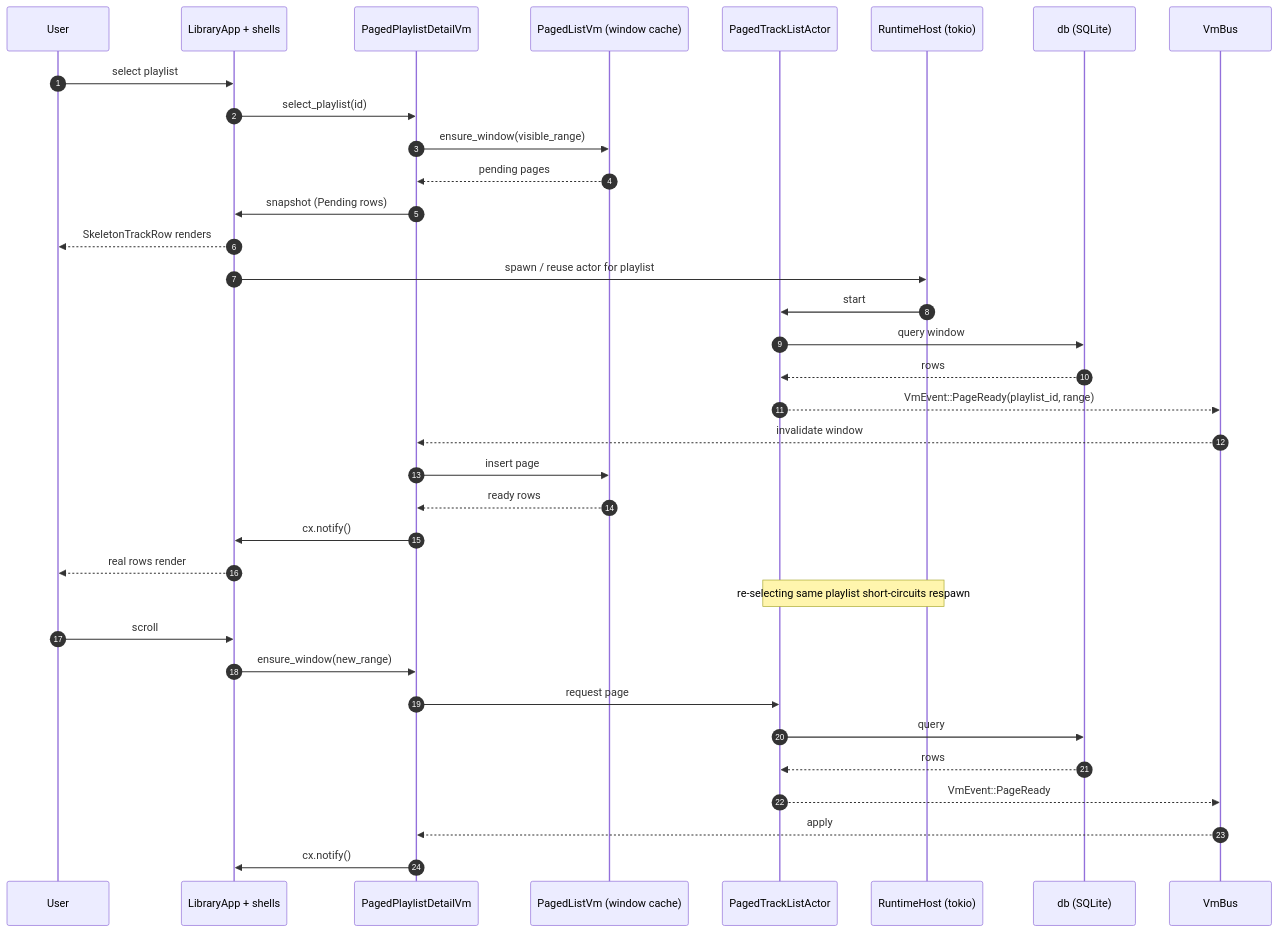
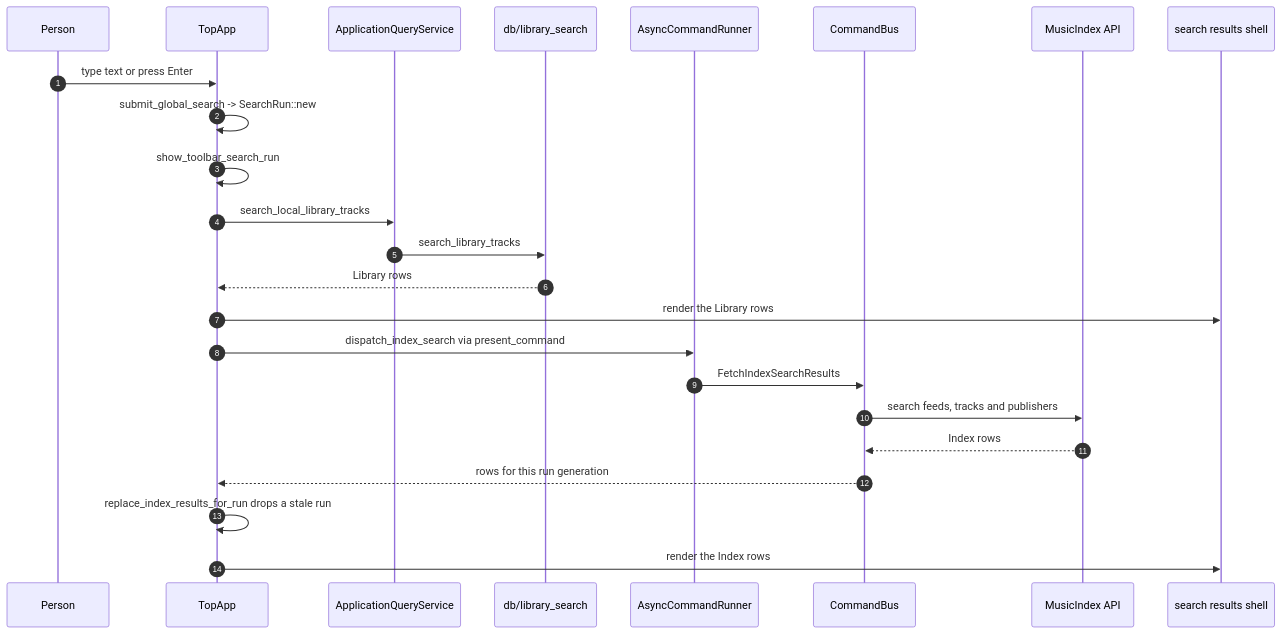
One commit to InTheMorning/HitIt changed the sixth of 9 diagrams in docs/architecture/architecture-current-snapshot.md. Above: the diagram before and after it, drawn with Mermaid. The commit also changed other lines of this file and 1 other file, not shown here.

First line of the commit message:
Redraw the architecture snapshot at commit 86d97e7

````diff
--- a/docs/architecture/architecture-current-snapshot.md
+++ b/docs/architecture/architecture-current-snapshot.md
@@ -403,41 +312,27 @@
 ```mermaid
 sequenceDiagram
     autonumber
-    participant U as User
-    participant V as LibraryApp + shells
-    participant VM as PagedPlaylistDetailVm
-    participant Cache as PagedListVm (window cache)
-    participant PA as PagedTrackListActor
-    participant Host as RuntimeHost (tokio)
-    participant DB as db (SQLite)
-    participant Bus as VmBus
+    participant U as Person
+    participant T as TopApp
+    participant Q as ApplicationQueryService
+    participant DB as db/library_search
+    participant R as AsyncCommandRunner
+    participant CB as CommandBus
+    participant API as MusicIndex API
+    participant V as search results shell
 
-    U->>V: select playlist
-    V->>VM: select_playlist(id)
-    VM->>Cache: ensure_window(visible_range)
-    Cache-->>VM: pending pages
-    VM->>V: snapshot (Pending rows)
-    V-->>U: SkeletonTrackRow renders
-
-    V->>Host: spawn / reuse actor for playlist
-    Host->>PA: start
-    PA->>DB: query window
-    DB-->>PA: rows
-    PA-->>Bus: VmEvent::PageReady(playlist_id, range)
-    Bus-->>VM: invalidate window
-    VM->>Cache: insert page
-    Cache-->>VM: ready rows
-    VM->>V: cx.notify()
-    V-->>U: real rows render
-
-    Note over Host,PA: re-selecting same playlist short-circuits respawn
-
-    U->>V: scroll
-    V->>VM: ensure_window(new_range)
-    VM->>PA: request page
-    PA->>DB: query
-    DB-->>PA: rows
-    PA-->>Bus: VmEvent::PageReady
-    Bus-->>VM: apply
-    VM->>V: cx.notify()
+    U->>T: type text or press Enter
+    T->>T: submit_global_search -> SearchRun::new
+    T->>T: show_toolbar_search_run
+    T->>Q: search_local_library_tracks
+    Q->>DB: search_library_tracks
+    DB-->>T: Library rows
+    T->>V: render the Library rows
+    T->>R: dispatch_index_search via present_command
+    R->>CB: FetchIndexSearchResults
+    CB->>API: search feeds, tracks and publishers
+    API-->>CB: Index rows
+    CB-->>T: rows for this run generation
+    T->>T: replace_index_results_for_run drops a stale run
+    T->>V: render the Index rows
 ```
````
